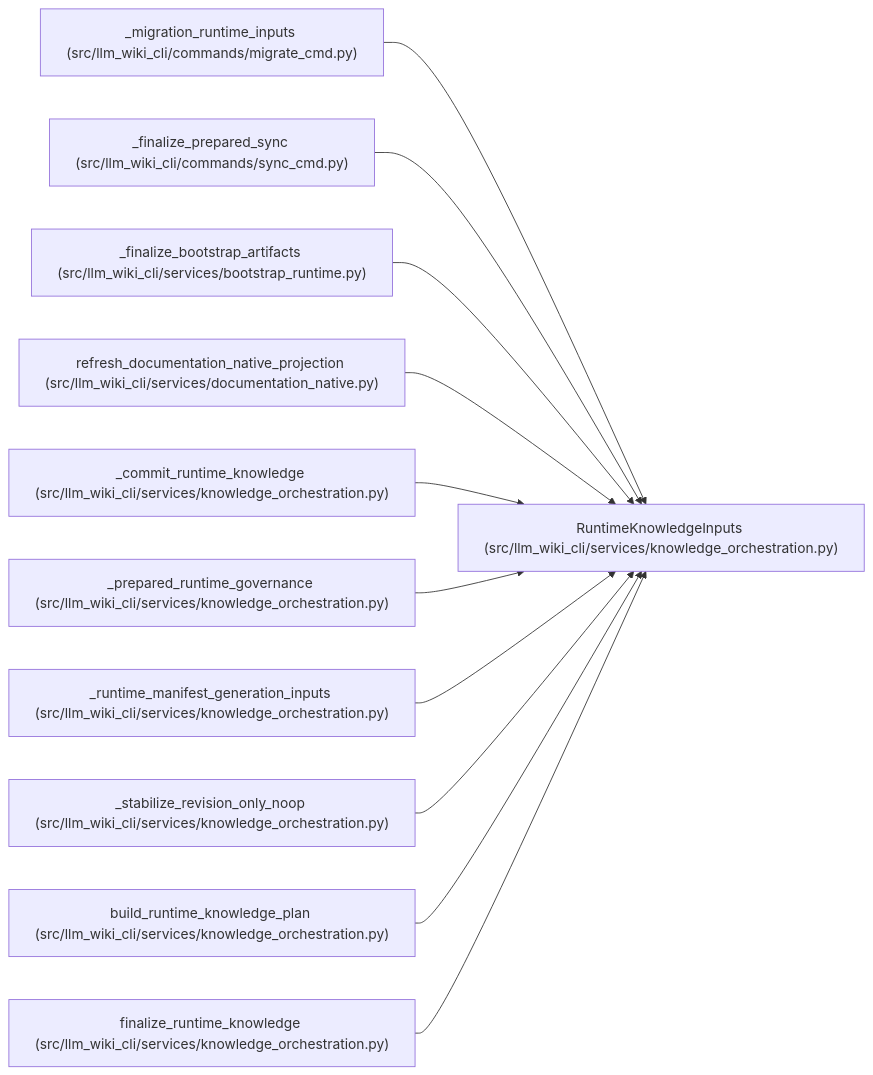
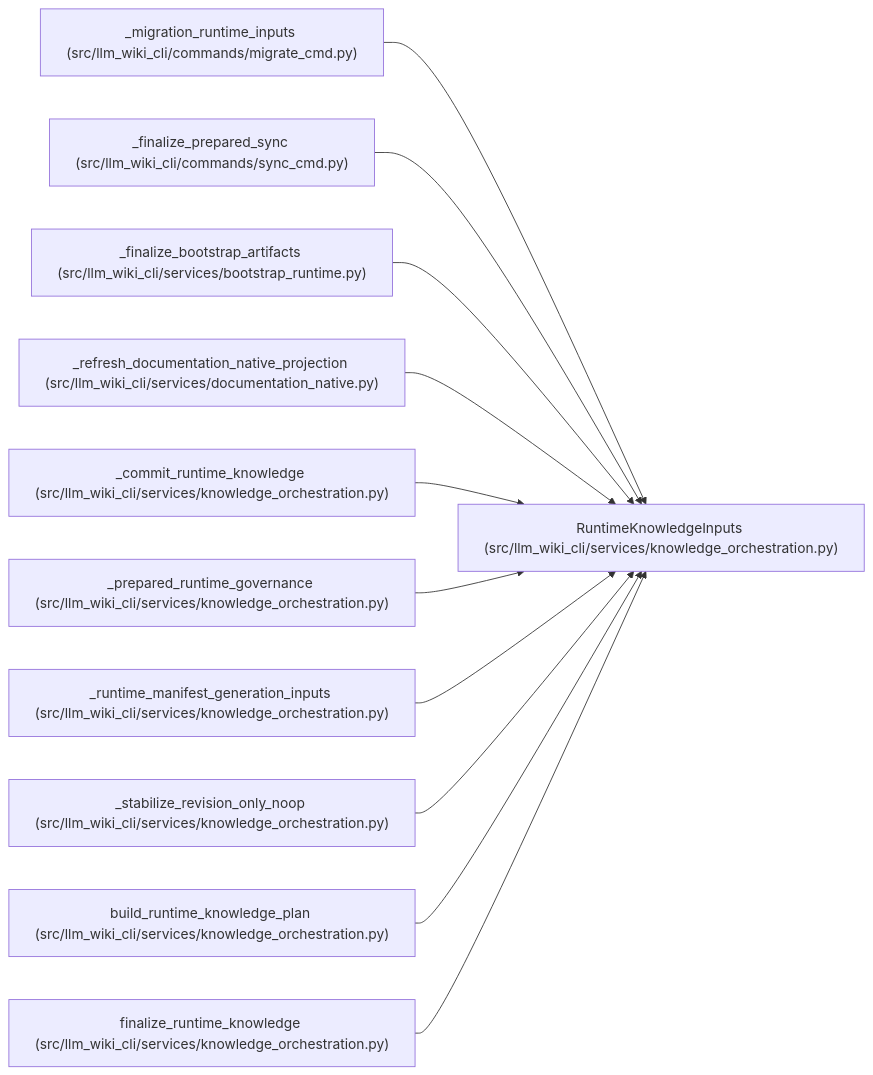
Before and after one commit to Denissvgn/python-wiki-llm: the diagram in docs/llm_wiki/entities/RuntimeKnowledgeInputs.md, drawn with Mermaid. The commit also changed other lines of this file and 1410 other files, not shown here.

````diff
--- a/docs/llm_wiki/entities/RuntimeKnowledgeInputs.md
+++ b/docs/llm_wiki/entities/RuntimeKnowledgeInputs.md
@@ -64,35 +67,35 @@
 ```mermaid
 flowchart LR
     n0["RuntimeKnowledgeInputs (src/llm_wiki_cli/services/knowledge_orchestration.py)"]
     n1["_migration_runtime_inputs (src/llm_wiki_cli/commands/migrate_cmd.py)"]
     n2["_finalize_prepared_sync (src/llm_wiki_cli/commands/sync_cmd.py)"]
     n3["_finalize_bootstrap_artifacts (src/llm_wiki_cli/services/bootstrap_runtime.py)"]
-    n4["refresh_documentation_native_projection (src/llm_wiki_cli/services/documentation_native.py)"]
+    n4["_refresh_documentation_native_projection (src/llm_wiki_cli/services/documentation_native.py)"]
     n5["_commit_runtime_knowledge (src/llm_wiki_cli/services/knowledge_orchestration.py)"]
     n6["_prepared_runtime_governance (src/llm_wiki_cli/services/knowledge_orchestration.py)"]
     n7["_runtime_manifest_generation_inputs (src/llm_wiki_cli/services/knowledge_orchestration.py)"]
     n8["_stabilize_revision_only_noop (src/llm_wiki_cli/services/knowledge_orchestration.py)"]
     n9["build_runtime_knowledge_plan (src/llm_wiki_cli/services/knowledge_orchestration.py)"]
     n10["finalize_runtime_knowledge (src/llm_wiki_cli/services/knowledge_orchestration.py)"]
     n1 --> n0
     n2 --> n0
     n3 --> n0
     n4 --> n0
     n5 --> n0
     n6 --> n0
     n7 --> n0
     n8 --> n0
     n9 --> n0
     n10 --> n0
     click n0 "../modules/knowledge_orchestration.md"
     click n1 "../modules/migrate_cmd.md"
     click n2 "../modules/sync_cmd.md"
     click n3 "../modules/bootstrap_runtime.md"
     click n4 "../modules/documentation_native.md"
     click n5 "../modules/knowledge_orchestration.md"
     click n6 "../modules/knowledge_orchestration.md"
     click n7 "../modules/knowledge_orchestration.md"
     click n8 "../modules/knowledge_orchestration.md"
     click n9 "../modules/knowledge_orchestration.md"
     click n10 "../modules/knowledge_orchestration.md"
 ```
````
